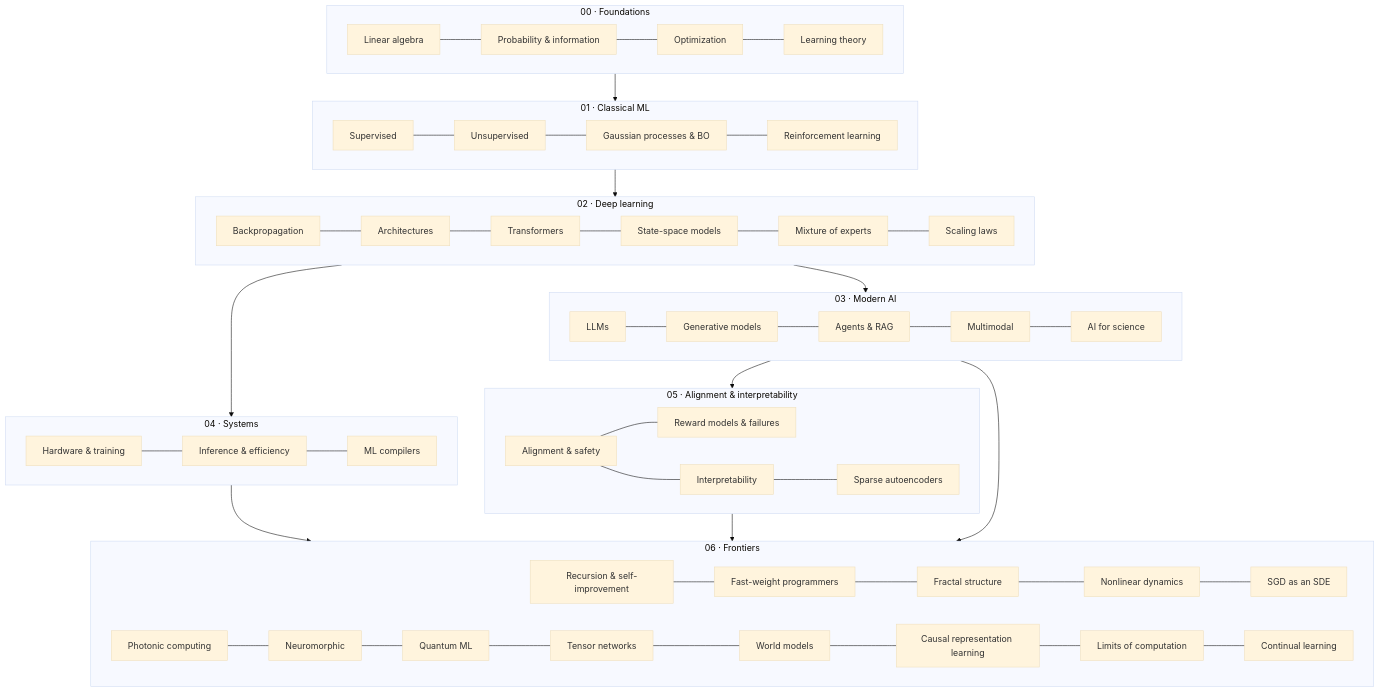
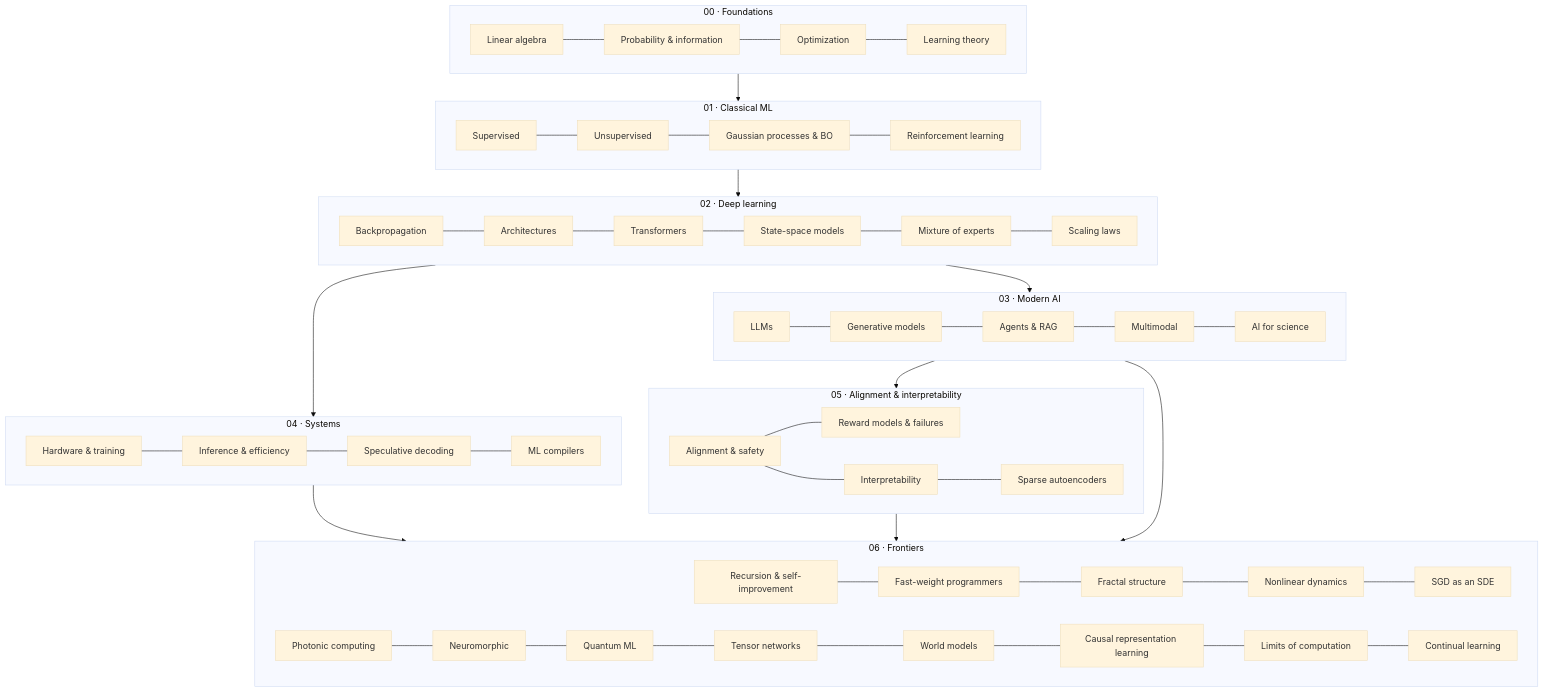
Before and after one commit to marcpoliquin5/understanding-ai: the diagram in README.md, drawn with Mermaid (base theme). The commit also changed other lines of this file and 6 other files, not shown here.

Commit message:
Add Speculative decoding page (Systems) with tested sketch and 32 new checked references

````diff
--- a/README.md
+++ b/README.md
@@ -30,32 +30,32 @@
 ```mermaid
 flowchart TB
     subgraph F[00 · Foundations]
         F1[Linear algebra] --- F2[Probability & information] --- F3[Optimization] --- F4[Learning theory]
     end
     subgraph C[01 · Classical ML]
         C1[Supervised] --- C2[Unsupervised] --- C4[Gaussian processes & BO] --- C3[Reinforcement learning]
     end
     subgraph D[02 · Deep learning]
         D1[Backpropagation] --- D2[Architectures] --- D3[Transformers] --- D6[State-space models] --- D5[Mixture of experts] --- D4[Scaling laws]
     end
     subgraph M[03 · Modern AI]
         M1[LLMs] --- M2[Generative models] --- M3[Agents & RAG] --- M4[Multimodal] --- M5[AI for science]
     end
     subgraph S[04 · Systems]
-        S1[Hardware & training] --- S2[Inference & efficiency] --- S3[ML compilers]
+        S1[Hardware & training] --- S2[Inference & efficiency] --- S4[Speculative decoding] --- S3[ML compilers]
     end
     subgraph A[05 · Alignment & interpretability]
         A1[Alignment & safety] --- A3[Reward models & failures]
         A1 --- A2[Interpretability] --- A4[Sparse autoencoders]
     end
     subgraph X[06 · Frontiers]
         X1[Recursion & self-improvement] --- X1b[Fast-weight programmers] --- X2[Fractal structure] --- X3[Nonlinear dynamics] --- X3b[SGD as an SDE]
         X4[Photonic computing] --- X5[Neuromorphic] --- X6[Quantum ML] --- X6b[Tensor networks] --- X7[World models] --- X7b[Causal representation learning] --- X8[Limits of computation] --- X9[Continual learning]
     end
     F --> C --> D --> M
     D --> S
     M --> A
     S --> X
     A --> X
     M --> X
 ```
````
